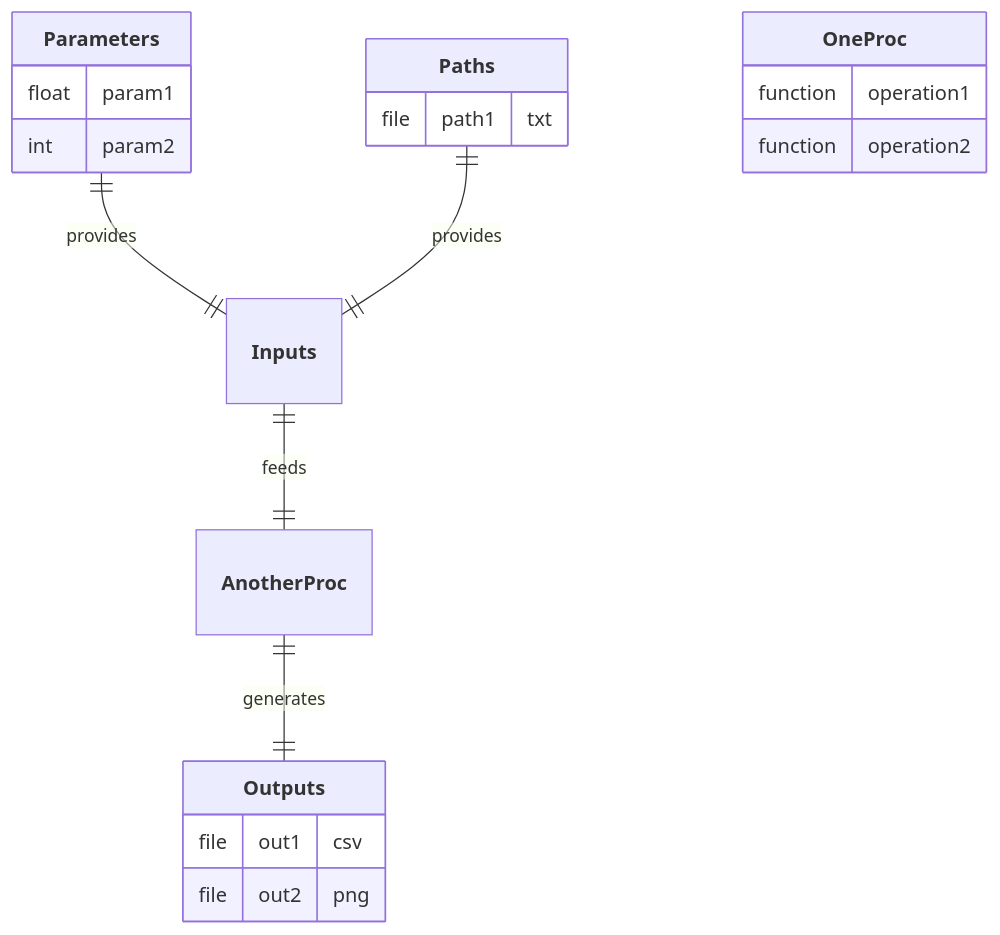
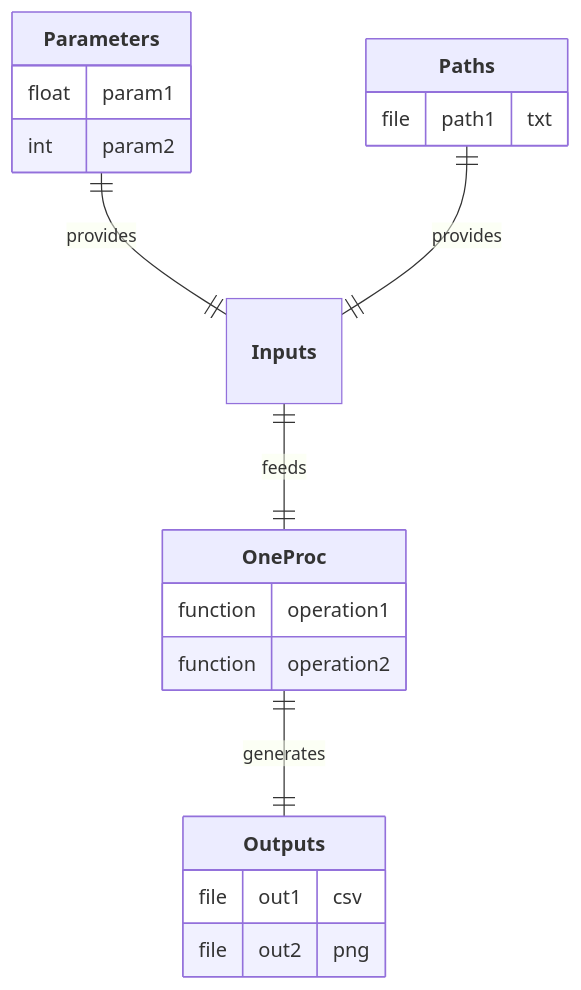
Before and after one commit to nuremics/nuremics-labs: the diagram in src/procs/OneProc/README.md, drawn with Mermaid. The commit also changed other lines of this file, not shown here.

Commit message:
update README OneProc

````diff
--- a/src/procs/OneProc/README.md
+++ b/src/procs/OneProc/README.md
@@ -3,23 +3,23 @@
 ```mermaid
 erDiagram
   **Parameters** ||--|| **Inputs** : provides
   **Paths** ||--|| **Inputs** : provides
-  **Inputs** ||--|| **AnotherProc** : feeds
-  **AnotherProc** ||--|| **Outputs** : generates
+  **Inputs** ||--|| **OneProc** : feeds
+  **OneProc** ||--|| **Outputs** : generates
 
   **Parameters** {
     float param1
     int param2
   }
   **Paths** {
     file path1 "txt"
   }
   **OneProc** {
     function operation1
     function operation2
   }
   **Outputs** {
     file out1 "csv"
     file out2 "png"
   }
 ```
````
